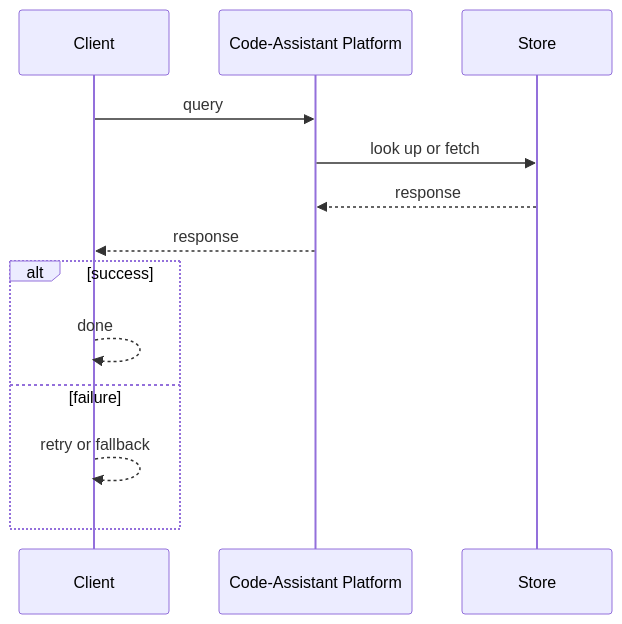
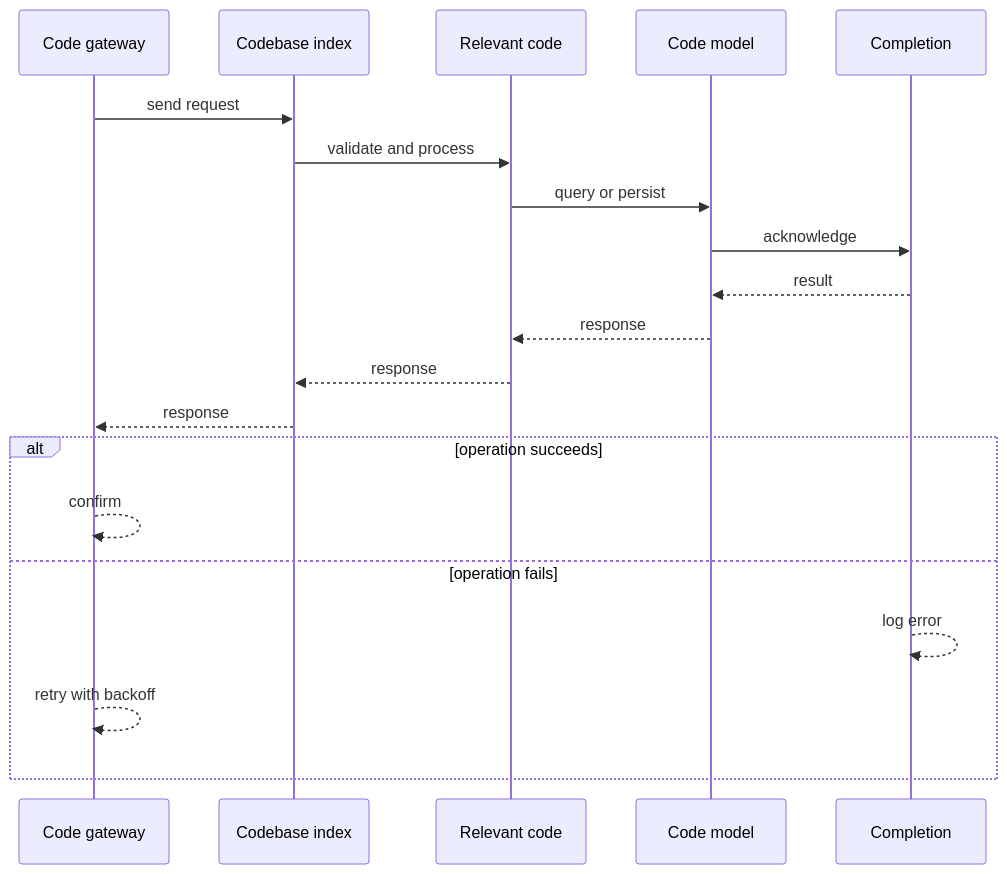
Before and after one commit to RIT-MESH/system-design-mastery: the second of 4 diagrams in case-studies/ai-systems/code-assistant-platform.md, drawn with Mermaid. The commit also changed other lines of this file and 64 other files, not shown here.

````diff
--- a/case-studies/ai-systems/code-assistant-platform.md
+++ b/case-studies/ai-systems/code-assistant-platform.md
@@ -80,16 +66,23 @@
 ```mermaid
 %% created-for: system-design-mastery
 sequenceDiagram
-  participant P0 as Client
-  participant P1 as Code-Assistant Platform
-  participant P2 as Store
-  P0 ->> P1: query
-  P1 ->> P2: look up or fetch
-  P2 -->> P1: response
-  P1 -->> P0: response
-  alt success
-    P0 -->> P0: done
-  else failure
-    P0 -->> P0: retry or fallback
+  participant C0 as Code gateway
+  participant C1 as Codebase index
+  participant C2 as Relevant code
+  participant C3 as Code model
+  participant C4 as Completion
+  C0 ->> C1: send request
+  C1 ->> C2: validate and process
+  C2 ->> C3: query or persist
+  C3 ->> C4: acknowledge
+  C4 -->> C3: result
+  C3 -->> C2: response
+  C2 -->> C1: response
+  C1 -->> C0: response
+  alt operation succeeds
+    C0 -->> C0: confirm
+  else operation fails
+    C4 -->> C4: log error
+    C0 -->> C0: retry with backoff
   end
 ```
````
